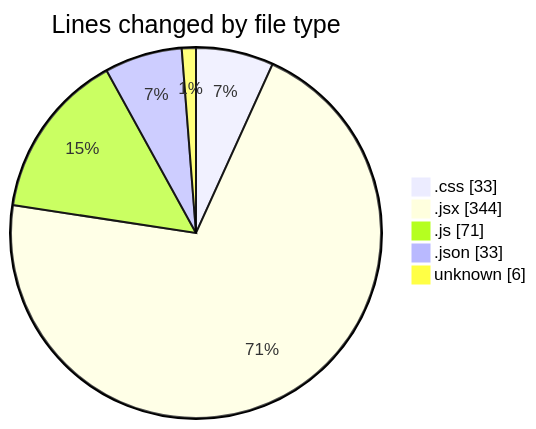
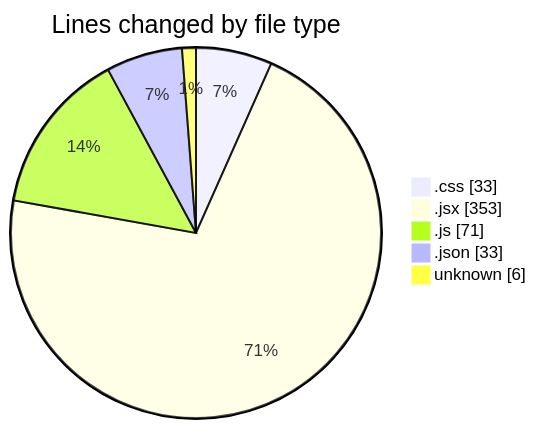
The first of 2 diagrams in 2025-02-14/elitegpt/README.md (Elitesun/code-tracking), drawn with Mermaid before and after one commit. The commit also changed other lines of this file and 1 other file, not shown here.

````diff
--- a/2025-02-14/elitegpt/README.md
+++ b/2025-02-14/elitegpt/README.md
@@ -32,9 +32,9 @@
 ```mermaid
 pie showData
 title Lines changed by file type
 ".css" : 33
-".jsx" : 344
+".jsx" : 353
 ".js" : 71
 ".json" : 33
 "unknown" : 6
 ```
````
